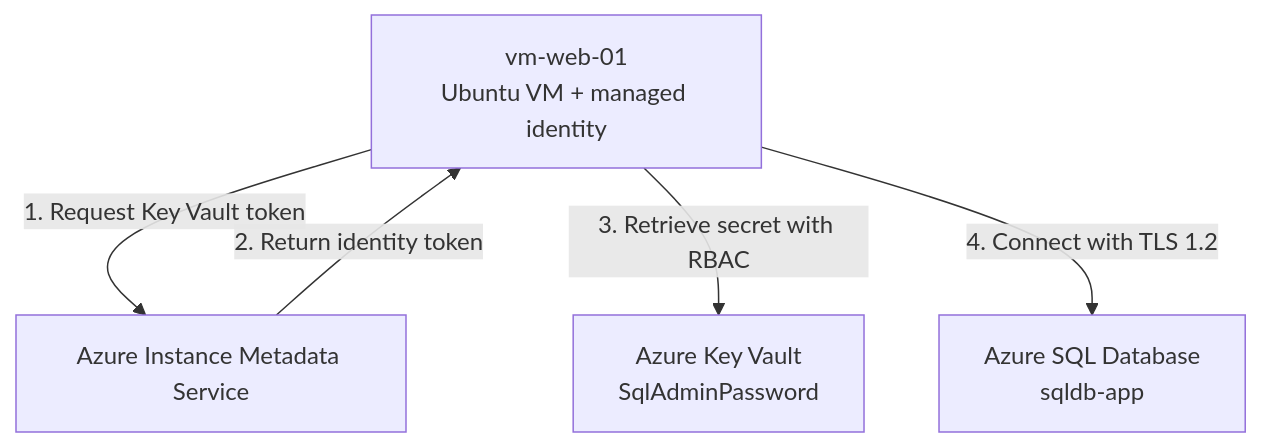
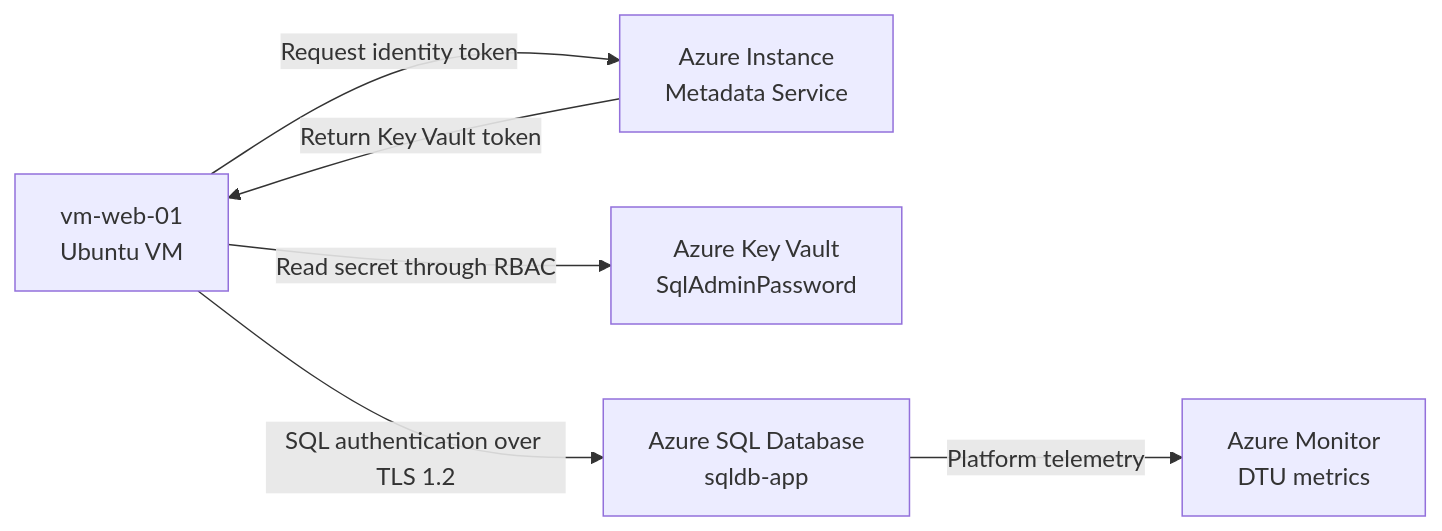
Before and after one commit to kingsrule50/azure-sql-key-vault-managed-identity-lab: the diagram in README.md, drawn with Mermaid. The commit also changed other lines of this file and 2 other files, not shown here.

````diff
--- a/README.md
+++ b/README.md
@@ -20,12 +26,14 @@
 ```mermaid
-flowchart TB
-    VM["vm-web-01<br/>Ubuntu VM + managed identity"]
-    IMDS["Azure Instance Metadata Service"]
+flowchart LR
+    VM["vm-web-01<br/>Ubuntu VM"]
+    IMDS["Azure Instance<br/>Metadata Service"]
     KV["Azure Key Vault<br/>SqlAdminPassword"]
     SQL["Azure SQL Database<br/>sqldb-app"]
+    MON["Azure Monitor<br/>DTU metrics"]
 
-    VM -->|1. Request Key Vault token| IMDS
-    IMDS -->|2. Return identity token| VM
-    VM -->|3. Retrieve secret with RBAC| KV
-    VM -->|4. Connect with TLS 1.2| SQL
+    VM -->|Request identity token| IMDS
+    IMDS -->|Return Key Vault token| VM
+    VM -->|Read secret through RBAC| KV
+    VM -->|SQL authentication over TLS 1.2| SQL
+    SQL -->|Platform telemetry| MON
 ```
````
